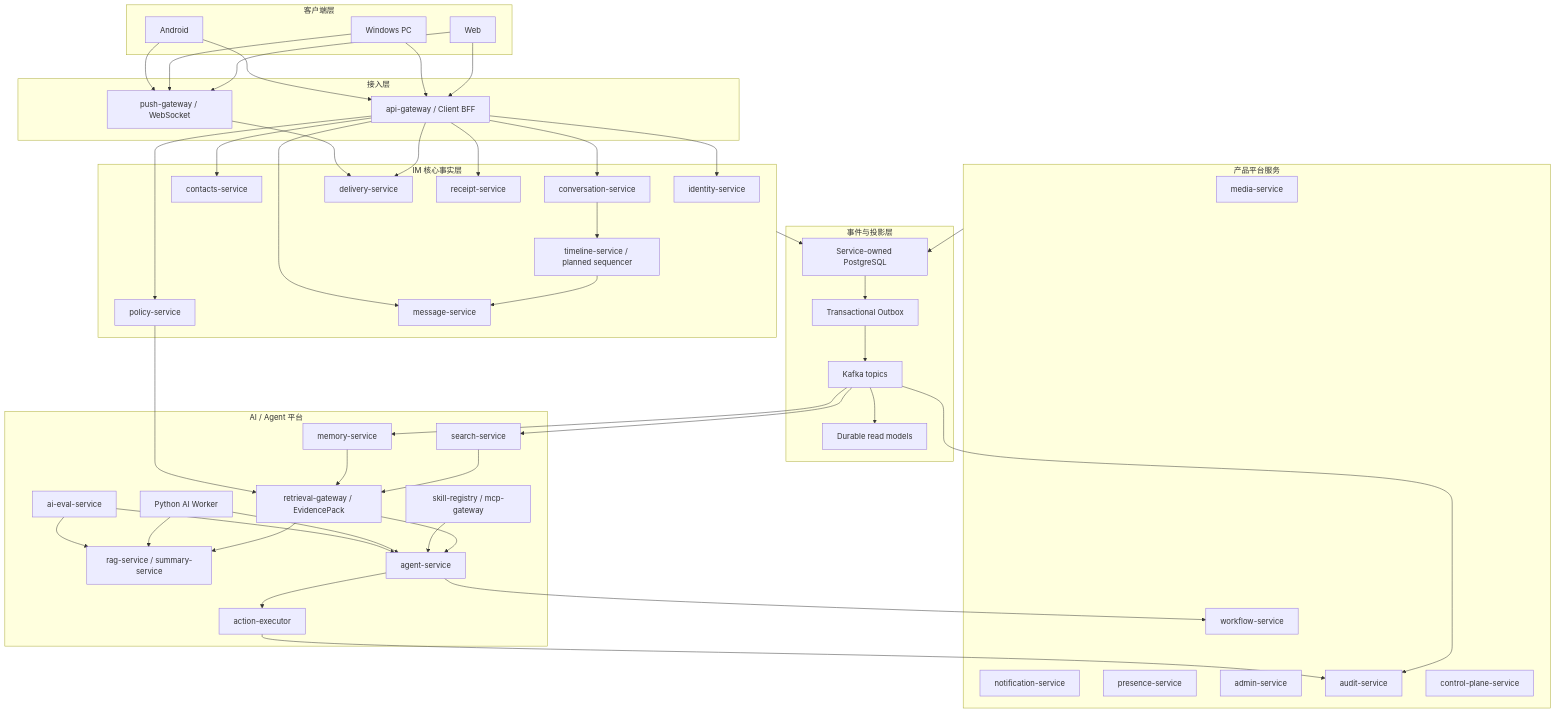
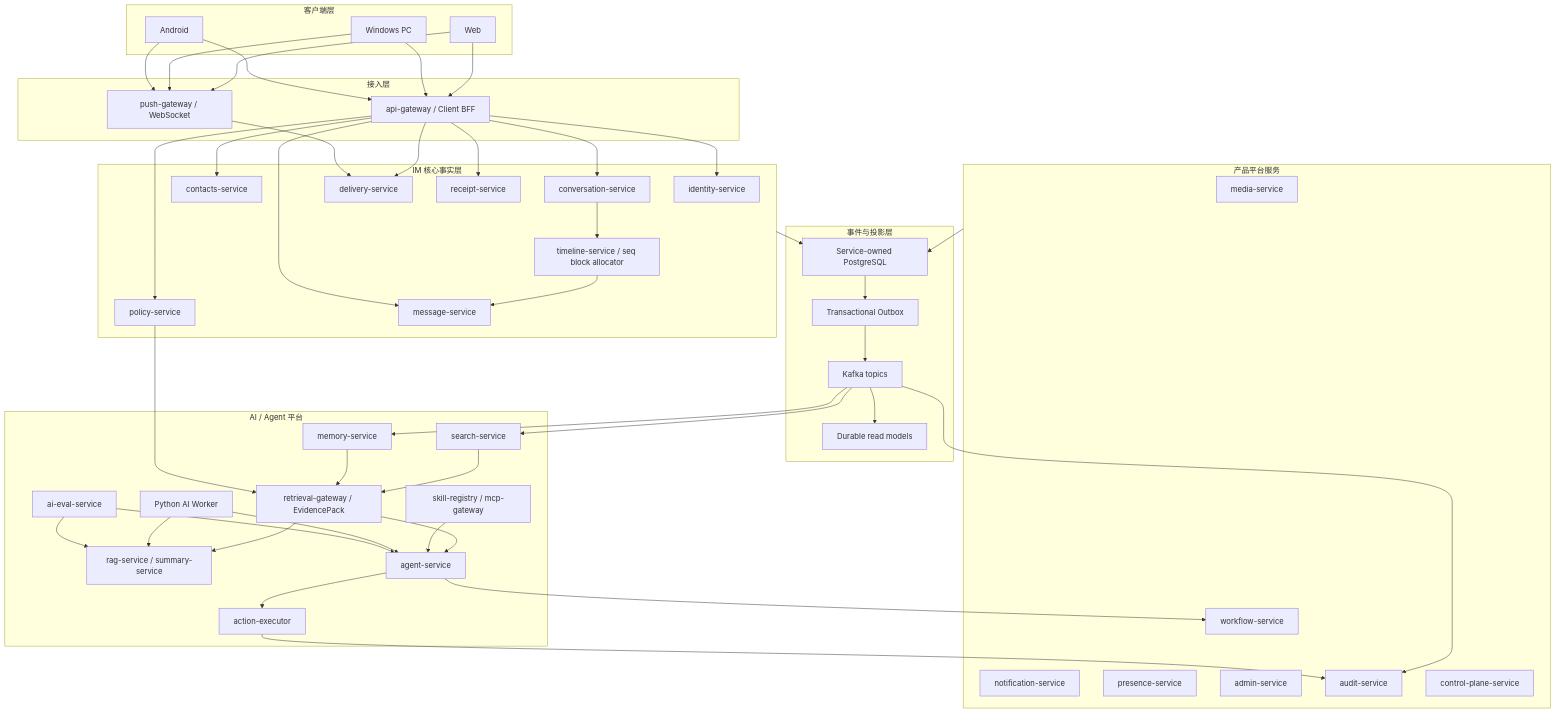
The diagram in README.md (qsyy0921/IM), drawn with Mermaid before and after one commit. The commit also changed other lines of this file and 82 other files, not shown here.

Commit message:
feat: add hotgroup sequencer signal path

```diff
--- a/README.md
+++ b/README.md
@@ -61,7 +61,7 @@
     Policy["policy-service"]
     Contacts["contacts-service"]
     Conversation["conversation-service"]
-    Timeline["timeline-service / planned sequencer"]
+    Timeline["timeline-service / seq block allocator"]
     Message["message-service"]
     Delivery["delivery-service"]
     Receipt["receipt-service"]
```
